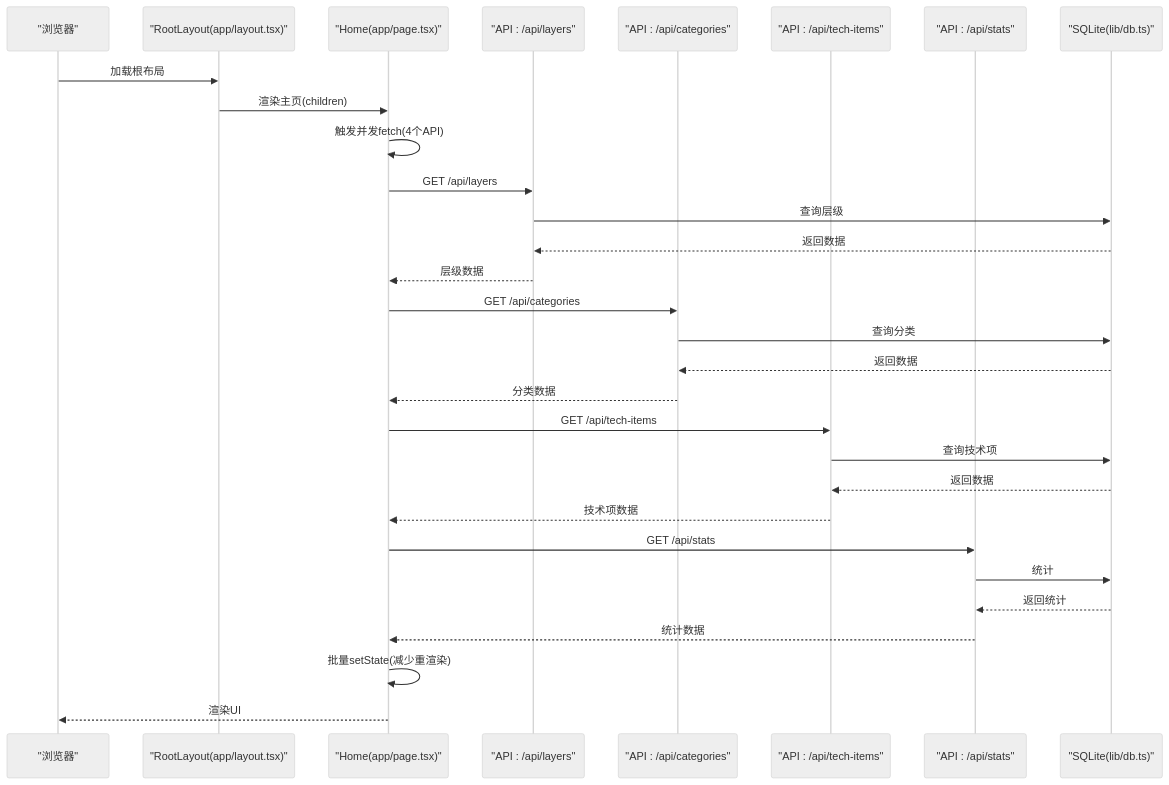
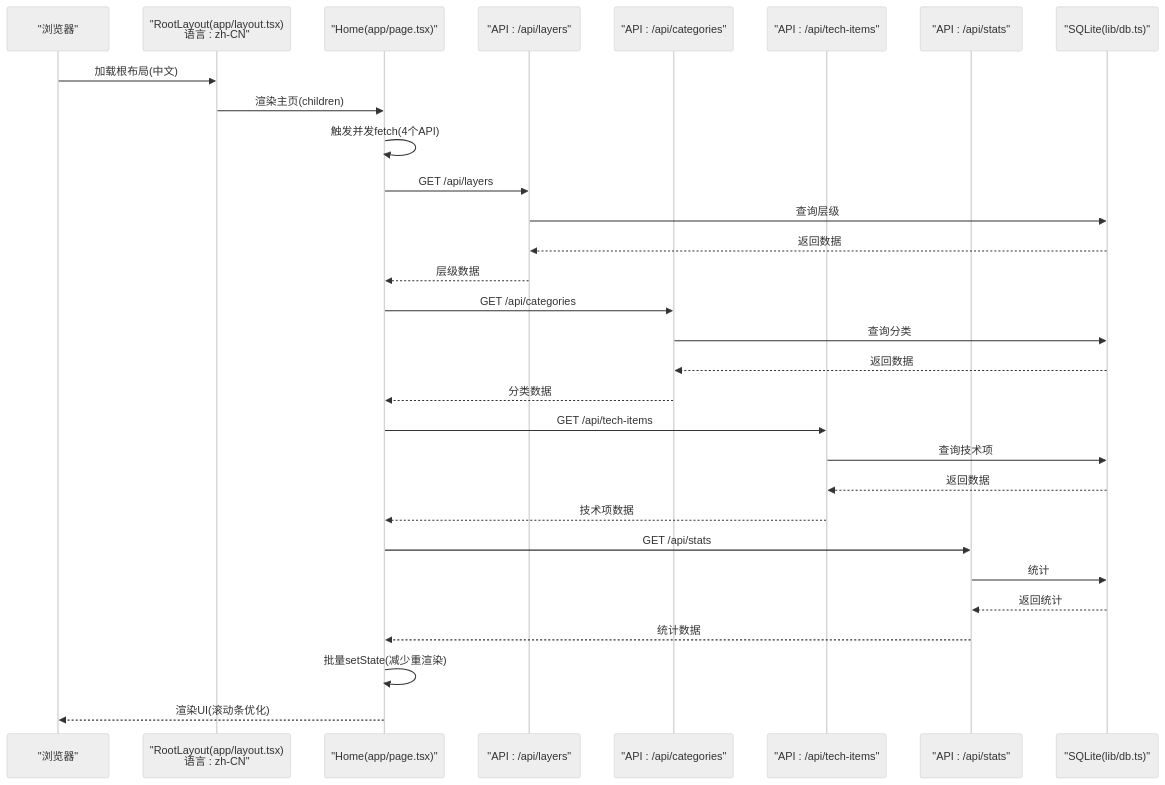
One commit to tutusiji/lantu-next changed the second of 6 diagrams in .qoder/repowiki/zh/content/系统架构/前端架构.md. Above: the diagram before and after it, drawn with Mermaid (neutral theme). The commit also changed other lines of this file and 22 other files, not shown here.

````diff
--- a/.qoder/repowiki/zh/content/系统架构/前端架构.md
+++ b/.qoder/repowiki/zh/content/系统架构/前端架构.md
@@ -163,32 +175,32 @@
 ```mermaid
 sequenceDiagram
 participant Browser as "浏览器"
-participant Layout as "RootLayout(app/layout.tsx)"
+participant Layout as "RootLayout(app/layout.tsx)<br/>语言 : zh-CN"
 participant Page as "Home(app/page.tsx)"
 participant API_L as "API : /api/layers"
 participant API_C as "API : /api/categories"
 participant API_I as "API : /api/tech-items"
 participant API_S as "API : /api/stats"
 participant DB as "SQLite(lib/db.ts)"
-Browser->>Layout : 加载根布局
+Browser->>Layout : 加载根布局(中文)
 Layout->>Page : 渲染主页(children)
 Page->>Page : 触发并发fetch(4个API)
 Page->>API_L : GET /api/layers
 API_L->>DB : 查询层级
 DB-->>API_L : 返回数据
 API_L-->>Page : 层级数据
 Page->>API_C : GET /api/categories
 API_C->>DB : 查询分类
 DB-->>API_C : 返回数据
 API_C-->>Page : 分类数据
 Page->>API_I : GET /api/tech-items
 API_I->>DB : 查询技术项
 DB-->>API_I : 返回数据
 API_I-->>Page : 技术项数据
 Page->>API_S : GET /api/stats
 API_S->>DB : 统计
 DB-->>API_S : 返回统计
 API_S-->>Page : 统计数据
 Page->>Page : 批量setState(减少重渲染)
-Page-->>Browser : 渲染UI
+Page-->>Browser : 渲染UI(滚动条优化)
 ```
````
